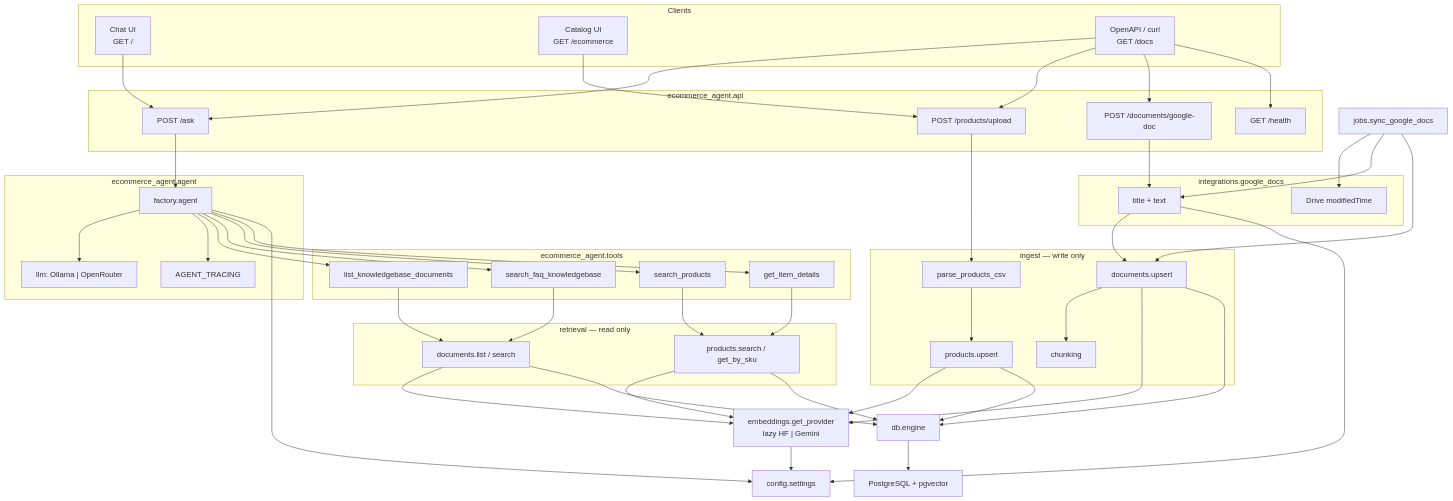
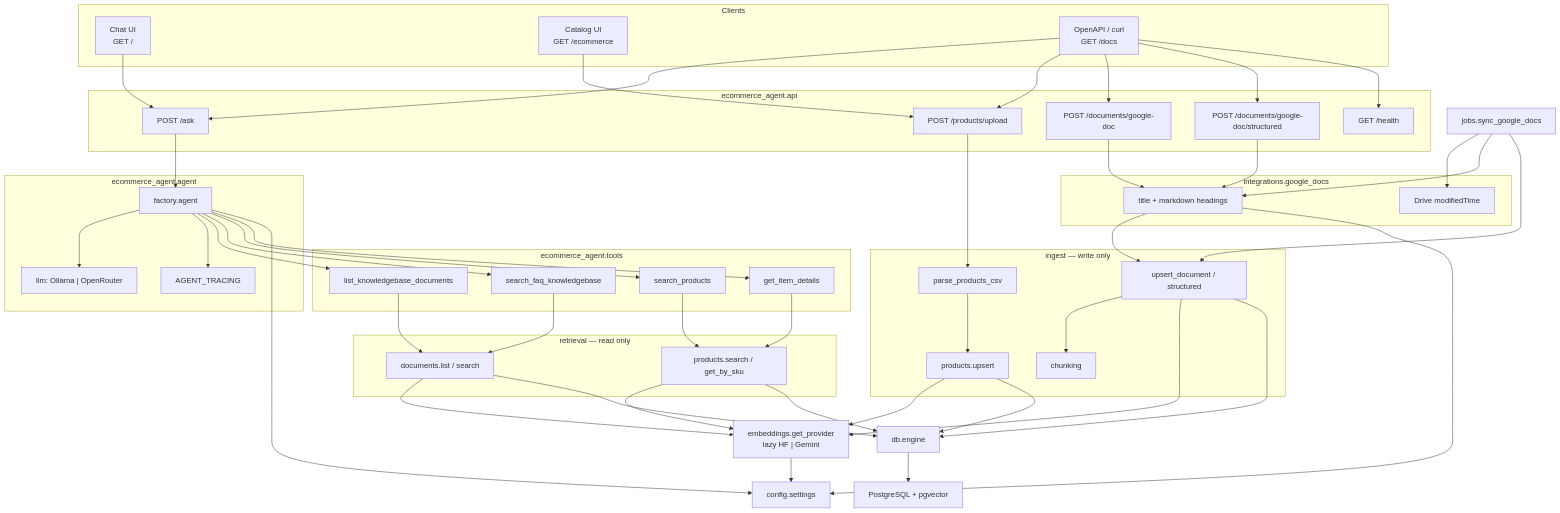
One commit to JJTorresDS/ecommerce-agent changed the first of 4 diagrams in architecture.md. Above: the diagram before and after it, drawn with Mermaid. The commit also changed other lines of this file and 9 other files, not shown here.

Commit message:
added endpoint to enable embedding of structured documents

````diff
--- a/architecture.md
+++ b/architecture.md
@@ -37,76 +37,78 @@
 ```mermaid
 flowchart TB
     subgraph Clients
         ChatUI["Chat UI<br/>GET /"]
         CatalogUI["Catalog UI<br/>GET /ecommerce"]
         OpenAPI["OpenAPI / curl<br/>GET /docs"]
     end
 
     subgraph API["ecommerce_agent.api"]
         Ask["POST /ask"]
         Upload["POST /products/upload"]
         GDocEP["POST /documents/google-doc"]
+        GDocStruct["POST /documents/google-doc/structured"]
         Health["GET /health"]
     end
 
     subgraph AgentPkg["ecommerce_agent.agent"]
         Factory["factory.agent"]
         LLM["llm: Ollama | OpenRouter"]
         Trace["AGENT_TRACING"]
     end
 
     subgraph ToolsPkg["ecommerce_agent.tools"]
         TList["list_knowledgebase_documents"]
         TFaq["search_faq_knowledgebase"]
         TSearch["search_products"]
         TSku["get_item_details"]
     end
 
     subgraph Retrieval["retrieval — read only"]
         RProd["products.search / get_by_sku"]
         RDocs["documents.list / search"]
     end
 
     subgraph IngestPkg["ingest — write only"]
         ParseCSV["parse_products_csv"]
         IProd["products.upsert"]
-        IDocs["documents.upsert"]
+        IDocs["upsert_document / structured"]
         Chunk["chunking"]
     end
 
     subgraph Integrations["integrations.google_docs"]
-        Fetch["title + text"]
+        Fetch["title + markdown headings"]
         Drive["Drive modifiedTime"]
     end
 
     Job["jobs.sync_google_docs"]
     Config["config.settings"]
     Engine["db.engine"]
     Embed["embeddings.get_provider<br/>lazy HF | Gemini"]
     PG["PostgreSQL + pgvector"]
 
     ChatUI --> Ask
     CatalogUI --> Upload
-    OpenAPI --> Ask & Upload & GDocEP & Health
+    OpenAPI --> Ask & Upload & GDocEP & GDocStruct & Health
 
     Ask --> Factory
     Factory --> LLM
     Factory --> Trace
     Factory --> TList & TFaq & TSearch & TSku
 
     TList --> RDocs
     TFaq --> RDocs
     TSearch --> RProd
     TSku --> RProd
 
     Upload --> ParseCSV --> IProd
     GDocEP --> Fetch --> IDocs
+    GDocStruct --> Fetch
     IDocs --> Chunk
     Job --> Drive
     Job --> Fetch
     Job --> IDocs
 
     RProd & RDocs & IProd & IDocs --> Embed
     RProd & RDocs & IProd & IDocs --> Engine --> PG
     Factory & Fetch & Embed --> Config
 ```
````
